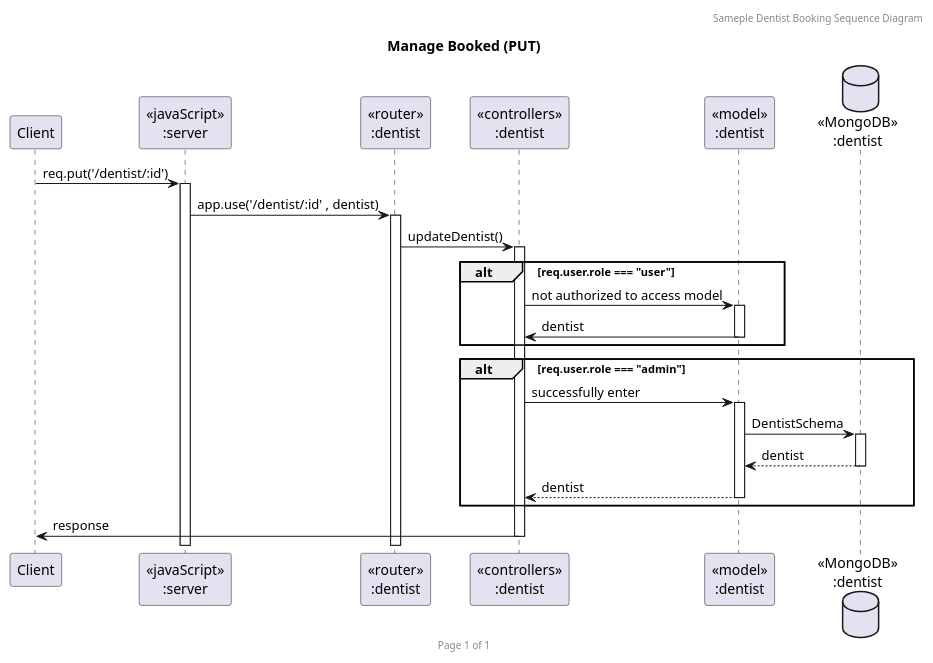
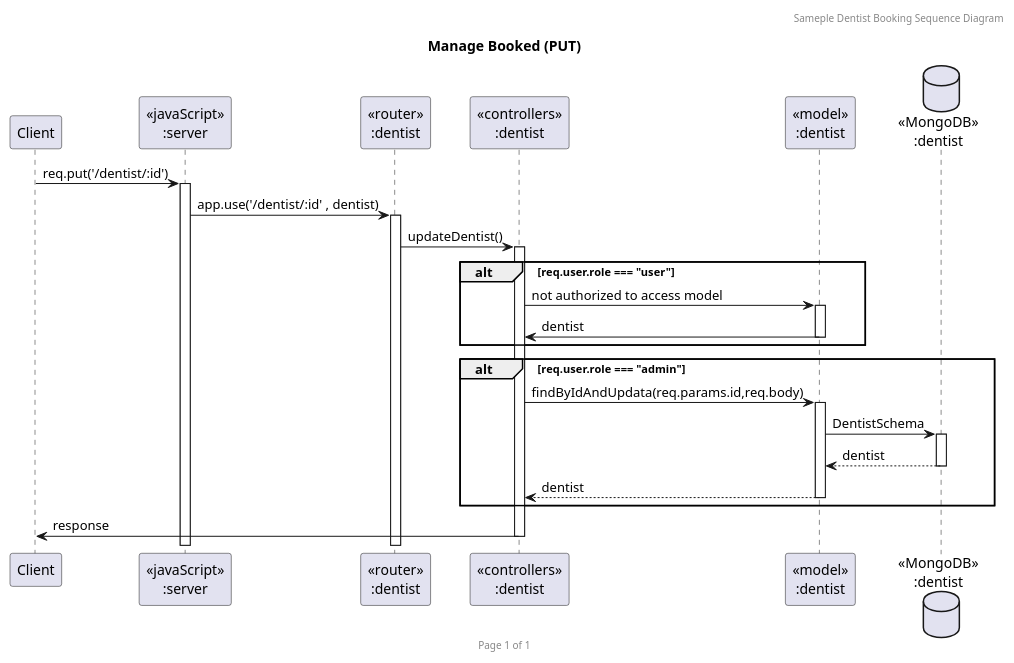
The diagram in Diagram/dentist/updateDentist.puml (2110503TACEDT66/presentation-day-1-kkkykkhkhwcr), drawn with PlantUML before and after one commit. The commit also changed 8 other files, not shown here.

```diff
--- a/Diagram/dentist/updateDentist.puml
+++ b/Diagram/dentist/updateDentist.puml
@@ -1,30 +1,30 @@
 @startuml Manage Dentist (PUT)
 
 header Sameple Dentist Booking Sequence Diagram
 footer Page %page% of %lastpage%
 title "Manage Booked (PUT)"
 
 participant "Client" as client
 participant "<<javaScript>>\n:server" as server
 participant "<<router>>\n:dentist" as routerDentist
 participant "<<controllers>>\n:dentist" as controllersDentist
 participant "<<model>>\n:dentist" as modelDentist
 database "<<MongoDB>>\n:dentist" as DentistDatabase
 
 client->server ++:req.put('/dentist/:id')
 server->routerDentist ++:app.use('/dentist/:id' , dentist)
 routerDentist -> controllersDentist ++:updateDentist()
 
 alt req.user.role === "user"
     controllersDentist->modelDentist ++:not authorized to access model
     modelDentist -> controllersDentist --:dentist
 end
 alt req.user.role === "admin"
-    controllersDentist->modelDentist ++:successfully enter
+    controllersDentist->modelDentist ++:findByIdAndUpdata(req.params.id,req.body)
 modelDentist ->DentistDatabase ++: DentistSchema
 DentistDatabase --> modelDentist --: dentist
 controllersDentist <-- modelDentist --:dentist
 end
 controllersDentist->client --:response
 
 @enduml
```
